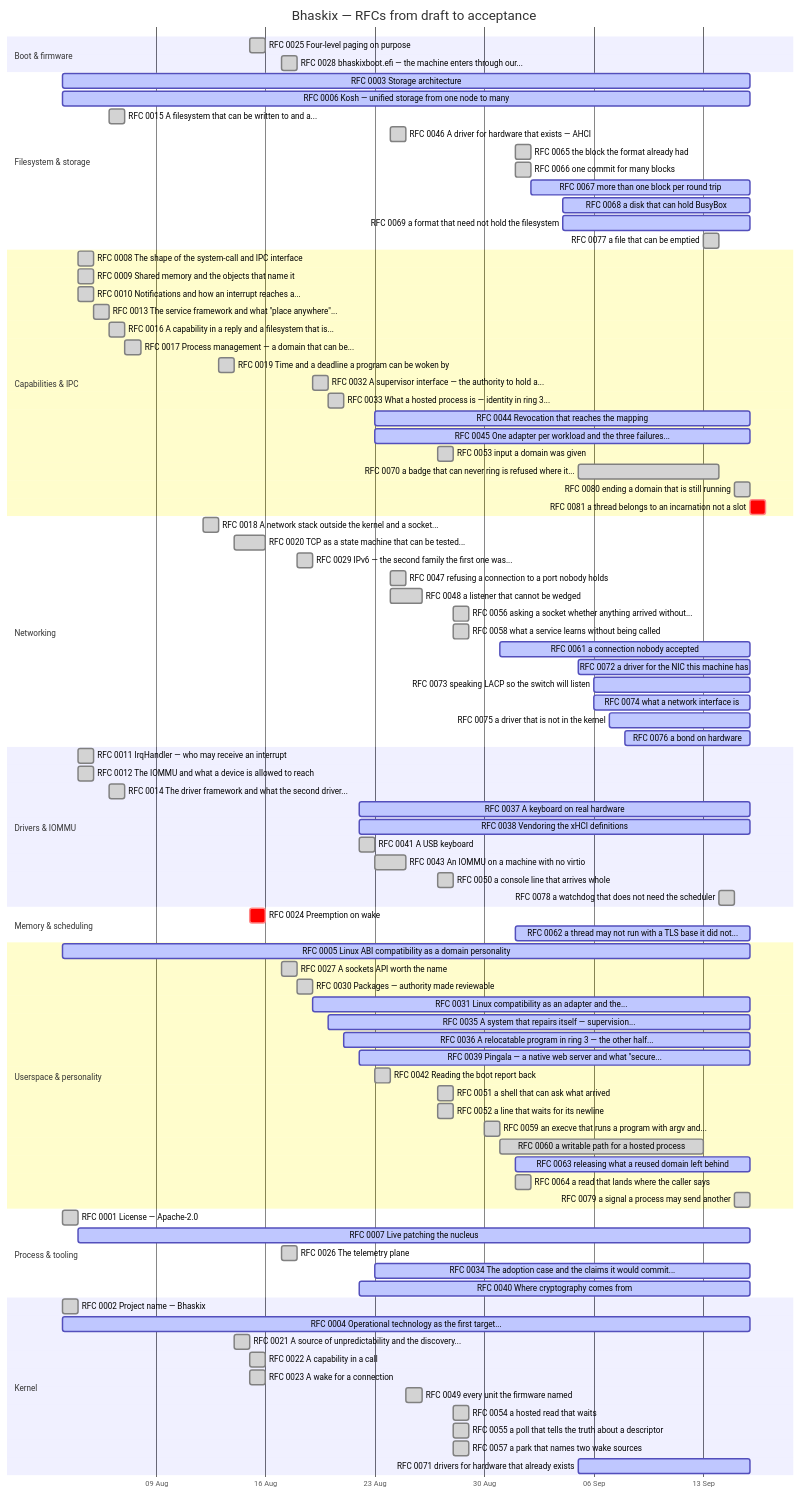
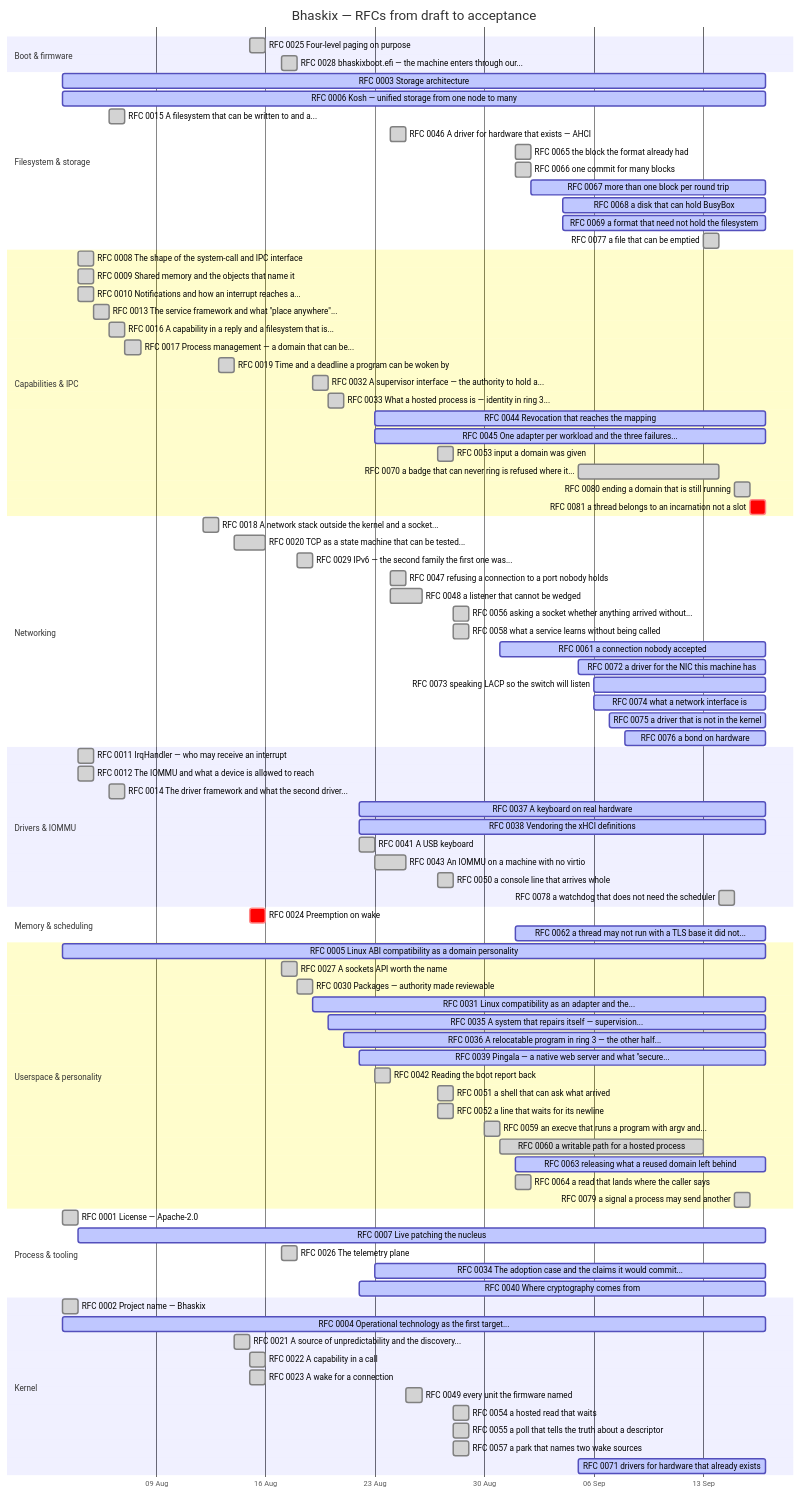
Before and after one commit to bhaskix/bhaskix: the diagram in docs/progress.md, drawn with Mermaid. The commit also changed other lines of this file and 2 other files, not shown here.

First paragraph of the commit message:
docs: netd's report positions are a list's order, and that is a hazard
Found while scoping the refactor the last commit deferred, and it changes what
that refactor should be.

````diff
--- a/docs/progress.md
+++ b/docs/progress.md
@@ -31,15 +31,15 @@
     RFC 0025 Four-level paging on purpose :done, r0025, 2026-08-15, 2026-08-16
     RFC 0028 bhaskixboot.efi — the machine enters through our... :done, r0028, 2026-08-17, 2026-08-18
     section Filesystem & storage
-    RFC 0003 Storage architecture :active, r0003, 2026-08-03, 2026-09-16
-    RFC 0006 Kosh — unified storage from one node to many :active, r0006, 2026-08-03, 2026-09-16
+    RFC 0003 Storage architecture :active, r0003, 2026-08-03, 2026-09-17
+    RFC 0006 Kosh — unified storage from one node to many :active, r0006, 2026-08-03, 2026-09-17
     RFC 0015 A filesystem that can be written to and a... :done, r0015, 2026-08-06, 1d
     RFC 0046 A driver for hardware that exists — AHCI :done, r0046, 2026-08-24, 1d
     RFC 0065 the block the format already had :done, r0065, 2026-09-01, 1d
     RFC 0066 one commit for many blocks :done, r0066, 2026-09-01, 1d
-    RFC 0067 more than one block per round trip :active, r0067, 2026-09-02, 2026-09-16
-    RFC 0068 a disk that can hold BusyBox :active, r0068, 2026-09-04, 2026-09-16
-    RFC 0069 a format that need not hold the filesystem :active, r0069, 2026-09-04, 2026-09-16
+    RFC 0067 more than one block per round trip :active, r0067, 2026-09-02, 2026-09-17
+    RFC 0068 a disk that can hold BusyBox :active, r0068, 2026-09-04, 2026-09-17
+    RFC 0069 a format that need not hold the filesystem :active, r0069, 2026-09-04, 2026-09-17
     RFC 0077 a file that can be emptied :done, r0077, 2026-09-13, 1d
     section Capabilities & IPC
     RFC 0008 The shape of the system-call and IPC interface :done, r0008, 2026-08-04, 1d
@@ -51,8 +51,8 @@
     RFC 0019 Time and a deadline a program can be woken by :done, r0019, 2026-08-13, 2026-08-14
     RFC 0032 A supervisor interface — the authority to hold a... :done, r0032, 2026-08-19, 2026-08-20
     RFC 0033 What a hosted process is — identity in ring 3... :done, r0033, 2026-08-20, 1d
-    RFC 0044 Revocation that reaches the mapping :active, r0044, 2026-08-23, 2026-09-16
-    RFC 0045 One adapter per workload and the three failures... :active, r0045, 2026-08-23, 2026-09-16
+    RFC 0044 Revocation that reaches the mapping :active, r0044, 2026-08-23, 2026-09-17
+    RFC 0045 One adapter per workload and the three failures... :active, r0045, 2026-08-23, 2026-09-17
     RFC 0053 input a domain was given :done, r0053, 2026-08-27, 1d
     RFC 0070 a badge that can never ring is refused where it... :done, r0070, 2026-09-05, 2026-09-14
     RFC 0080 ending a domain that is still running :done, r0080, 2026-09-15, 1d
@@ -65,50 +65,50 @@
     RFC 0048 a listener that cannot be wedged :done, r0048, 2026-08-24, 2026-08-26
     RFC 0056 asking a socket whether anything arrived without... :done, r0056, 2026-08-28, 1d
     RFC 0058 what a service learns without being called :done, r0058, 2026-08-28, 1d
-    RFC 0061 a connection nobody accepted :active, r0061, 2026-08-31, 2026-09-16
-    RFC 0072 a driver for the NIC this machine has :active, r0072, 2026-09-05, 2026-09-16
-    RFC 0073 speaking LACP so the switch will listen :active, r0073, 2026-09-06, 2026-09-16
-    RFC 0074 what a network interface is :active, r0074, 2026-09-06, 2026-09-16
-    RFC 0075 a driver that is not in the kernel :active, r0075, 2026-09-07, 2026-09-16
-    RFC 0076 a bond on hardware :active, r0076, 2026-09-08, 2026-09-16
+    RFC 0061 a connection nobody accepted :active, r0061, 2026-08-31, 2026-09-17
+    RFC 0072 a driver for the NIC this machine has :active, r0072, 2026-09-05, 2026-09-17
+    RFC 0073 speaking LACP so the switch will listen :active, r0073, 2026-09-06, 2026-09-17
+    RFC 0074 what a network interface is :active, r0074, 2026-09-06, 2026-09-17
+    RFC 0075 a driver that is not in the kernel :active, r0075, 2026-09-07, 2026-09-17
+    RFC 0076 a bond on hardware :active, r0076, 2026-09-08, 2026-09-17
     section Drivers & IOMMU
     RFC 0011 IrqHandler — who may receive an interrupt :done, r0011, 2026-08-04, 1d
     RFC 0012 The IOMMU and what a device is allowed to reach :done, r0012, 2026-08-04, 1d
     RFC 0014 The driver framework and what the second driver... :done, r0014, 2026-08-06, 1d
-    RFC 0037 A keyboard on real hardware :active, r0037, 2026-08-22, 2026-09-16
-    RFC 0038 Vendoring the xHCI definitions :active, r0038, 2026-08-22, 2026-09-16
+    RFC 0037 A keyboard on real hardware :active, r0037, 2026-08-22, 2026-09-17
+    RFC 0038 Vendoring the xHCI definitions :active, r0038, 2026-08-22, 2026-09-17
     RFC 0041 A USB keyboard :done, r0041, 2026-08-22, 2026-08-23
     RFC 0043 An IOMMU on a machine with no virtio :done, r0043, 2026-08-23, 2026-08-25
     RFC 0050 a console line that arrives whole :done, r0050, 2026-08-27, 1d
     RFC 0078 a watchdog that does not need the scheduler :done, r0078, 2026-09-14, 2026-09-15
     section Memory & scheduling
     RFC 0024 Preemption on wake :crit, r0024, 2026-08-15, 1d
-    RFC 0062 a thread may not run with a TLS base it did not... :active, r0062, 2026-09-01, 2026-09-16
+    RFC 0062 a thread may not run with a TLS base it did not... :active, r0062, 2026-09-01, 2026-09-17
     section Userspace & personality
-    RFC 0005 Linux ABI compatibility as a domain personality :active, r0005, 2026-08-03, 2026-09-16
+    RFC 0005 Linux ABI compatibility as a domain personality :active, r0005, 2026-08-03, 2026-09-17
     RFC 0027 A sockets API worth the name :done, r0027, 2026-08-17, 1d
     RFC 0030 Packages — authority made reviewable :done, r0030, 2026-08-18, 2026-08-19
-    RFC 0031 Linux compatibility as an adapter and the... :active, r0031, 2026-08-19, 2026-09-16
-    RFC 0035 A system that repairs itself — supervision... :active, r0035, 2026-08-20, 2026-09-16
-    RFC 0036 A relocatable program in ring 3 — the other half... :active, r0036, 2026-08-21, 2026-09-16
-    RFC 0039 Pingala — a native web server and what "secure... :active, r0039, 2026-08-22, 2026-09-16
+    RFC 0031 Linux compatibility as an adapter and the... :active, r0031, 2026-08-19, 2026-09-17
+    RFC 0035 A system that repairs itself — supervision... :active, r0035, 2026-08-20, 2026-09-17
+    RFC 0036 A relocatable program in ring 3 — the other half... :active, r0036, 2026-08-21, 2026-09-17
+    RFC 0039 Pingala — a native web server and what "secure... :active, r0039, 2026-08-22, 2026-09-17
     RFC 0042 Reading the boot report back :done, r0042, 2026-08-23, 1d
     RFC 0051 a shell that can ask what arrived :done, r0051, 2026-08-27, 1d
     RFC 0052 a line that waits for its newline :done, r0052, 2026-08-27, 1d
     RFC 0059 an execve that runs a program with argv and... :done, r0059, 2026-08-30, 1d
     RFC 0060 a writable path for a hosted process :done, r0060, 2026-08-31, 2026-09-13
-    RFC 0063 releasing what a reused domain left behind :active, r0063, 2026-09-01, 2026-09-16
+    RFC 0063 releasing what a reused domain left behind :active, r0063, 2026-09-01, 2026-09-17
     RFC 0064 a read that lands where the caller says :done, r0064, 2026-09-01, 1d
     RFC 0079 a signal a process may send another :done, r0079, 2026-09-15, 1d
     section Process & tooling
     RFC 0001 License — Apache-2.0 :done, r0001, 2026-08-03, 1d
-    RFC 0007 Live patching the nucleus :active, r0007, 2026-08-04, 2026-09-16
+    RFC 0007 Live patching the nucleus :active, r0007, 2026-08-04, 2026-09-17
     RFC 0026 The telemetry plane :done, r0026, 2026-08-17, 1d
-    RFC 0034 The adoption case and the claims it would commit... :active, r0034, 2026-08-23, 2026-09-16
-    RFC 0040 Where cryptography comes from :active, r0040, 2026-08-22, 2026-09-16
+    RFC 0034 The adoption case and the claims it would commit... :active, r0034, 2026-08-23, 2026-09-17
+    RFC 0040 Where cryptography comes from :active, r0040, 2026-08-22, 2026-09-17
     section Kernel
     RFC 0002 Project name — Bhaskix :done, r0002, 2026-08-03, 1d
-    RFC 0004 Operational technology as the first target... :active, r0004, 2026-08-03, 2026-09-16
+    RFC 0004 Operational technology as the first target... :active, r0004, 2026-08-03, 2026-09-17
     RFC 0021 A source of unpredictability and the discovery... :done, r0021, 2026-08-14, 1d
     RFC 0022 A capability in a call :done, r0022, 2026-08-15, 2026-08-16
     RFC 0023 A wake for a connection :done, r0023, 2026-08-15, 2026-08-16
@@ -116,5 +116,5 @@
     RFC 0054 a hosted read that waits :done, r0054, 2026-08-28, 1d
     RFC 0055 a poll that tells the truth about a descriptor :done, r0055, 2026-08-28, 1d
     RFC 0057 a park that names two wake sources :done, r0057, 2026-08-28, 1d
-    RFC 0071 drivers for hardware that already exists :active, r0071, 2026-09-05, 2026-09-16
+    RFC 0071 drivers for hardware that already exists :active, r0071, 2026-09-05, 2026-09-17
 ```
````
